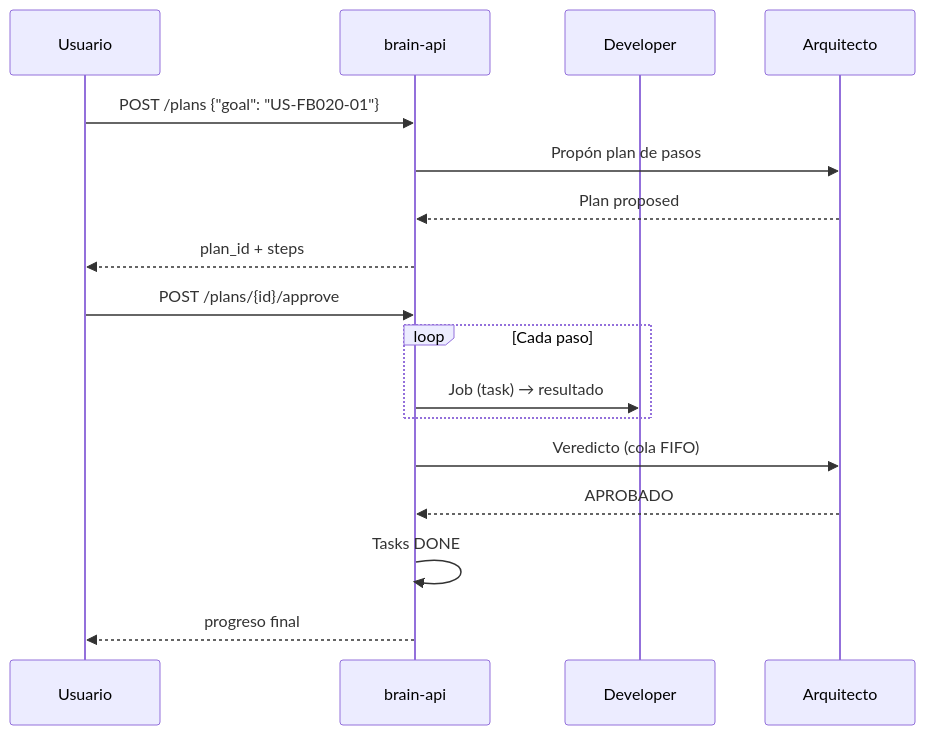
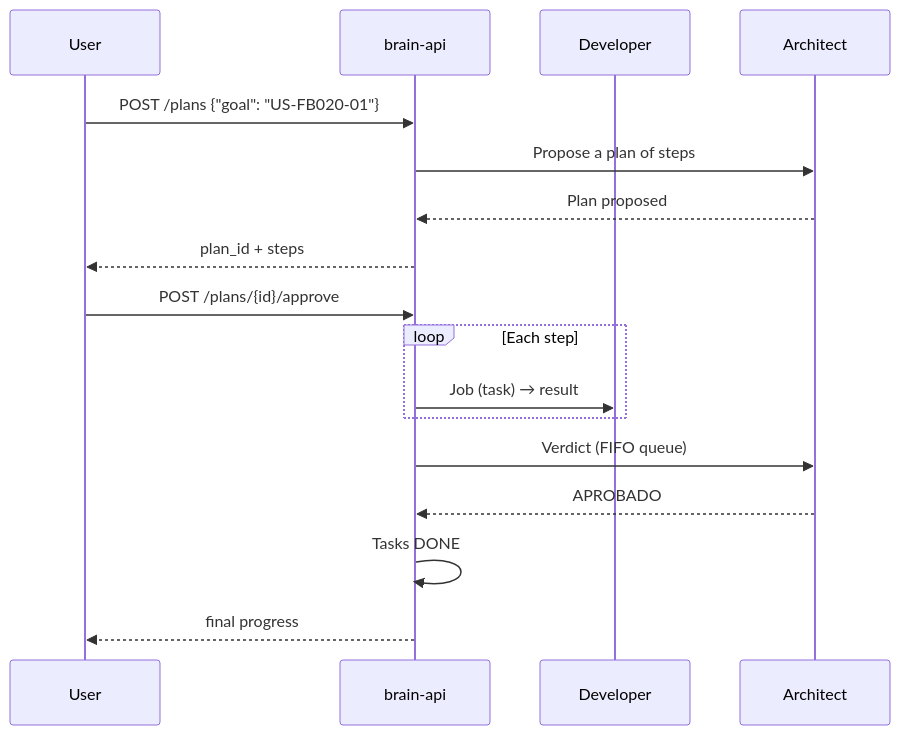
The second of 2 diagrams in docs/jobs.md (Yokosillo/atlas-forge), drawn with Mermaid before and after one commit. The commit also changed other lines of this file and 19 other files, not shown here.

````diff
--- a/docs/jobs.md
+++ b/docs/jobs.md
@@ -119,20 +119,20 @@
 ```mermaid
 sequenceDiagram
-    participant U as Usuario
+    participant U as User
     participant B as brain-api
     participant D as Developer
-    participant A as Arquitecto
+    participant A as Architect
 
     U->>B: POST /plans {"goal": "US-FB020-01"}
-    B->>A: Propón plan de pasos
+    B->>A: Propose a plan of steps
     A-->>B: Plan proposed
     B-->>U: plan_id + steps
     U->>B: POST /plans/{id}/approve
-    loop Cada paso
-        B->>D: Job (task) → resultado
+    loop Each step
+        B->>D: Job (task) → result
     end
-    B->>A: Veredicto (cola FIFO)
+    B->>A: Verdict (FIFO queue)
     A-->>B: APROBADO
     B->>B: Tasks DONE
-    B-->>U: progreso final
+    B-->>U: final progress
 ```
````
